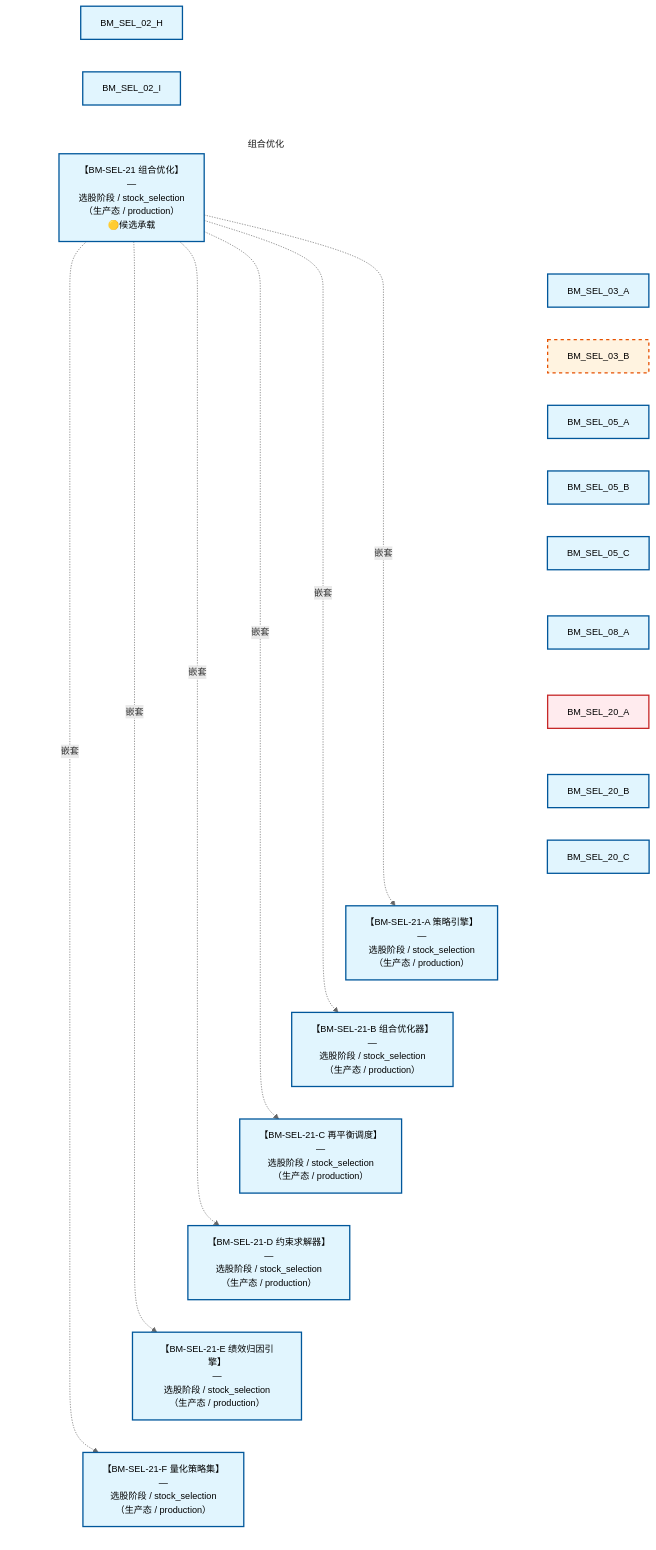
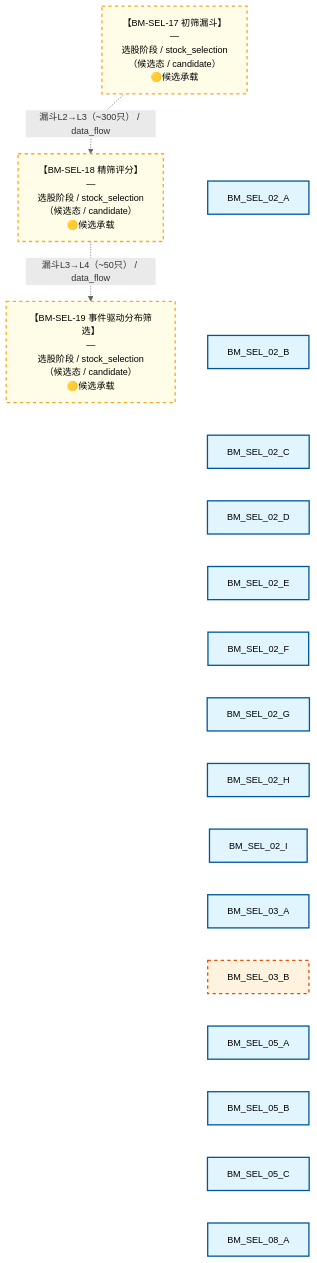
Before and after one commit to xuanFelixVan/ZephyrAlpha: the third of 6 diagrams in docs/02_enterprise_architecture/07_trading_decision_architecture/battle_map/battle_map_panorama.md, drawn with Mermaid. The commit also changed other lines of this file and 4 other files, not shown here.

````diff
--- a/docs/02_enterprise_architecture/07_trading_decision_architecture/battle_map/battle_map_panorama.md
+++ b/docs/02_enterprise_architecture/07_trading_decision_architecture/battle_map/battle_map_panorama.md
@@ -348,29 +340,19 @@
 ```mermaid
 %%{init: {'theme': 'base', 'themeVariables': {'primaryColor': '#eaeaea', 'primaryTextColor': '#333333', 'primaryBorderColor': '#666666', 'lineColor': '#666666', 'secondaryColor': '#eaeaea', 'tertiaryColor': '#eaeaea', 'clusterBkg': 'transparent', 'clusterBorder': 'transparent', 'fontSize': '14px'}}}%%
 %% 作战地图总指挥图·全景图（第 3/3 页）
 flowchart TD
-    subgraph sg_BM_SEL_21 ["组合优化"]
-        BM_SEL_21["【BM-SEL-21 组合优化】<br/>—<br/>选股阶段 / stock_selection<br/>（生产态 / production）<br/>🟡候选承载"]
-        BM_SEL_21_A["【BM-SEL-21-A 策略引擎】<br/>—<br/>选股阶段 / stock_selection<br/>（生产态 / production）"]
-        BM_SEL_21_B["【BM-SEL-21-B 组合优化器】<br/>—<br/>选股阶段 / stock_selection<br/>（生产态 / production）"]
-        BM_SEL_21_C["【BM-SEL-21-C 再平衡调度】<br/>—<br/>选股阶段 / stock_selection<br/>（生产态 / production）"]
-        BM_SEL_21_D["【BM-SEL-21-D 约束求解器】<br/>—<br/>选股阶段 / stock_selection<br/>（生产态 / production）"]
-        BM_SEL_21_E["【BM-SEL-21-E 绩效归因引擎】<br/>—<br/>选股阶段 / stock_selection<br/>（生产态 / production）"]
-        BM_SEL_21_F["【BM-SEL-21-F 量化策略集】<br/>—<br/>选股阶段 / stock_selection<br/>（生产态 / production）"]
-        BM_SEL_21 -.->|嵌套| BM_SEL_21_A
-        BM_SEL_21 -.->|嵌套| BM_SEL_21_B
-        BM_SEL_21 -.->|嵌套| BM_SEL_21_C
-        BM_SEL_21 -.->|嵌套| BM_SEL_21_D
-        BM_SEL_21 -.->|嵌套| BM_SEL_21_E
-        BM_SEL_21 -.->|嵌套| BM_SEL_21_F
-    end
-    BM_SEL_02_H ~~~ BM_SEL_02_I ~~~ BM_SEL_21 ~~~ BM_SEL_03_A ~~~ BM_SEL_03_B ~~~ BM_SEL_05_A ~~~ BM_SEL_05_B ~~~ BM_SEL_05_C ~~~ BM_SEL_08_A ~~~ BM_SEL_20_A ~~~ BM_SEL_20_B ~~~ BM_SEL_20_C ~~~ BM_SEL_21_A ~~~ BM_SEL_21_B ~~~ BM_SEL_21_C ~~~ BM_SEL_21_D ~~~ BM_SEL_21_E ~~~ BM_SEL_21_F
+    BM_SEL_17["【BM-SEL-17 初筛漏斗】<br/>—<br/>选股阶段 / stock_selection<br/>（候选态 / candidate）<br/>🟡候选承载"]
+    BM_SEL_18["【BM-SEL-18 精筛评分】<br/>—<br/>选股阶段 / stock_selection<br/>（候选态 / candidate）<br/>🟡候选承载"]
+    BM_SEL_19["【BM-SEL-19 事件驱动分布筛选】<br/>—<br/>选股阶段 / stock_selection<br/>（候选态 / candidate）<br/>🟡候选承载"]
+    BM_SEL_17 ~~~ BM_SEL_02_A ~~~ BM_SEL_02_B ~~~ BM_SEL_02_C ~~~ BM_SEL_02_D ~~~ BM_SEL_02_E ~~~ BM_SEL_02_F ~~~ BM_SEL_02_G ~~~ BM_SEL_02_H ~~~ BM_SEL_02_I ~~~ BM_SEL_03_A ~~~ BM_SEL_03_B ~~~ BM_SEL_05_A ~~~ BM_SEL_05_B ~~~ BM_SEL_05_C ~~~ BM_SEL_08_A
+    BM_SEL_17 -.->|漏斗L2→L3（~300只） / data_flow| BM_SEL_18
+    BM_SEL_18 -.->|漏斗L3→L4（~50只） / data_flow| BM_SEL_19
 classDef production fill:#e1f5fe,stroke:#01579b,stroke-width:2px,color:#000
 classDef design fill:#fff3e0,stroke:#e65100,stroke-width:2px,color:#000,stroke-dasharray: 5 5
 classDef deprecated fill:#ffebee,stroke:#c62828,stroke-width:2px,color:#000
 classDef missing fill:#eeeeee,stroke:#9e9e9e,stroke-width:2px,color:#000
 classDef candidate fill:#fffde7,stroke:#f9a825,stroke-width:2px,color:#000,stroke-dasharray: 5 5
-    class BM_SEL_02_H,BM_SEL_02_I,BM_SEL_21,BM_SEL_03_A,BM_SEL_05_A,BM_SEL_05_B,BM_SEL_05_C,BM_SEL_08_A,BM_SEL_20_B,BM_SEL_20_C,BM_SEL_21_A,BM_SEL_21_B,BM_SEL_21_C,BM_SEL_21_D,BM_SEL_21_E,BM_SEL_21_F production
+    class BM_SEL_02_A,BM_SEL_02_B,BM_SEL_02_C,BM_SEL_02_D,BM_SEL_02_E,BM_SEL_02_F,BM_SEL_02_G,BM_SEL_02_H,BM_SEL_02_I,BM_SEL_03_A,BM_SEL_05_A,BM_SEL_05_B,BM_SEL_05_C,BM_SEL_08_A production
     class BM_SEL_03_B design
-    class BM_SEL_20_A deprecated
+    class BM_SEL_17,BM_SEL_18,BM_SEL_19 candidate
 ```
````
